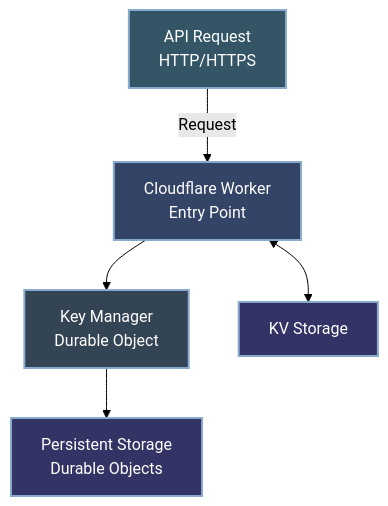
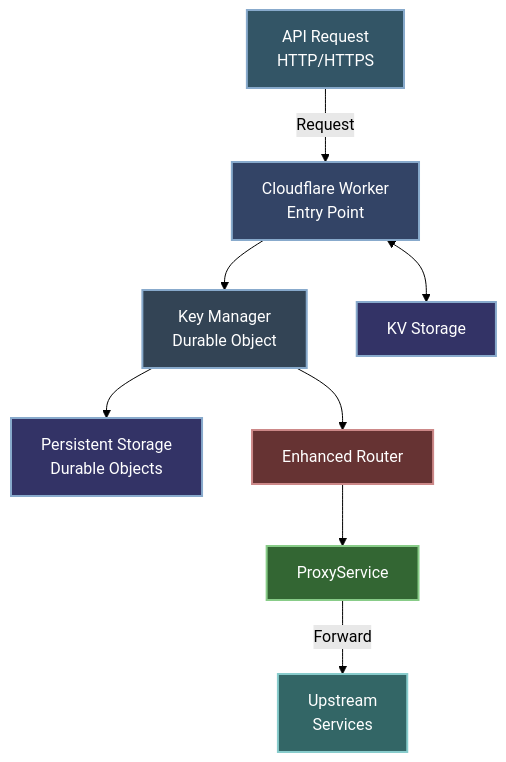
One commit to erfianugrah/api-gateway-workers changed the first of 8 diagrams in docs/ARCHITECTURE.md. Above: the diagram before and after it, drawn with Mermaid (forest theme). The commit also changed other lines of this file and 17 other files, not shown here.

````diff
--- a/docs/ARCHITECTURE.md
+++ b/docs/ARCHITECTURE.md
@@ -9,13 +9,19 @@
 ```mermaid
 flowchart TB
     A["API Request<br>HTTP/HTTPS"] -->|Request| B["Cloudflare Worker<br>Entry Point"]
     B --> C["Key Manager<br>Durable Object"]
     C --> D["Persistent Storage<br>Durable Objects"]
+    C --> F["Enhanced Router"]
+    F --> G["ProxyService"]
+    G -->|Forward| H["Upstream<br>Services"]
     B <--> E["KV Storage"]
     
     style A fill:#335566,stroke:#88aacc,stroke-width:2px,color:#ffffff
     style B fill:#334466,stroke:#88aacc,stroke-width:2px,color:#ffffff
     style C fill:#334455,stroke:#88aacc,stroke-width:2px,color:#ffffff
     style D fill:#333366,stroke:#88aacc,stroke-width:2px,color:#ffffff
     style E fill:#333366,stroke:#88aacc,stroke-width:2px,color:#ffffff
+    style F fill:#663333,stroke:#cc8888,stroke-width:2px,color:#ffffff
+    style G fill:#336633,stroke:#88cc88,stroke-width:2px,color:#ffffff
+    style H fill:#336666,stroke:#88cccc,stroke-width:2px,color:#ffffff
 ```
````
